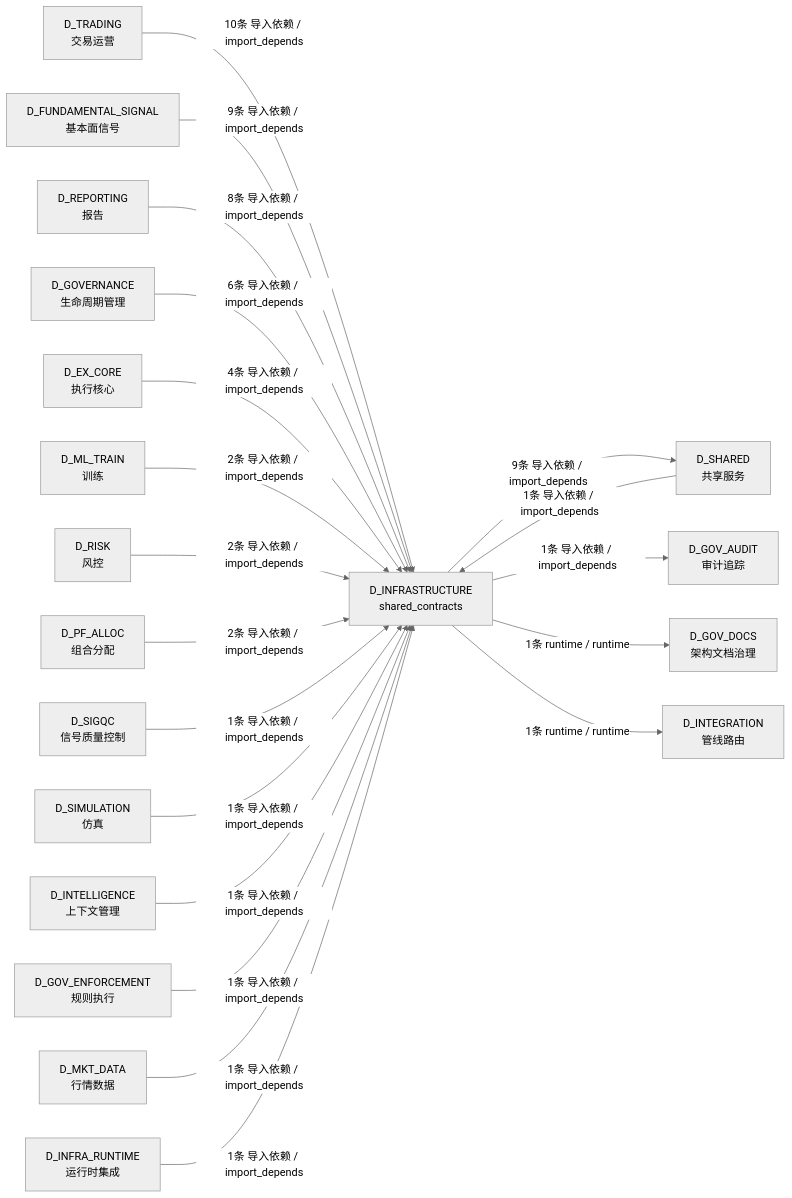
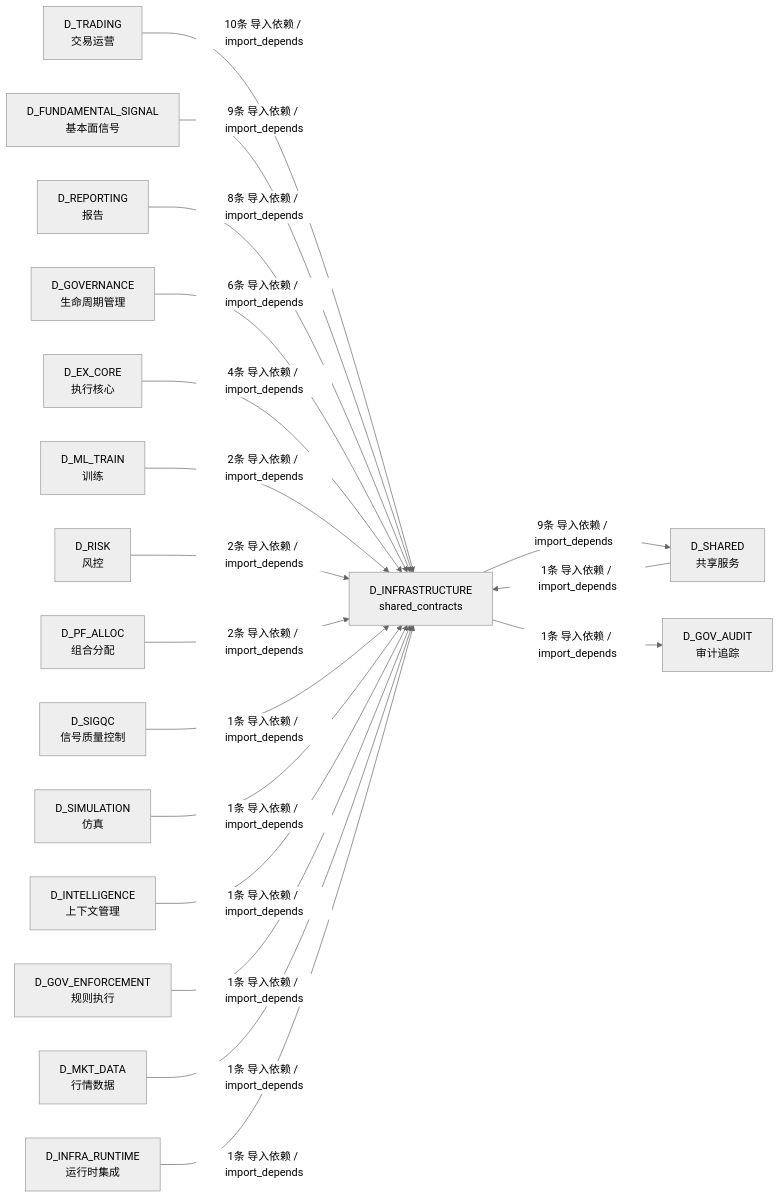
Before and after one commit to xuanFelixVan/ZephyrAlpha: the fourth of 4 diagrams in docs/02_enterprise_architecture/02_domain_architecture_docs/62_d_infrastructure.md, drawn with Mermaid (neutral theme). The commit also changed other lines of this file and 100 other files, not shown here.

````diff
--- a/docs/02_enterprise_architecture/02_domain_architecture_docs/62_d_infrastructure.md
+++ b/docs/02_enterprise_architecture/02_domain_architecture_docs/62_d_infrastructure.md
@@ -373,41 +363,37 @@
 ```mermaid
 graph LR
     D_INFRASTRUCTURE["D_INFRASTRUCTURE<br/>shared_contracts"]
     D_SHARED["D_SHARED<br/>共享服务"]
     D_GOV_AUDIT["D_GOV_AUDIT<br/>审计追踪"]
-    D_GOV_DOCS["D_GOV_DOCS<br/>架构文档治理"]
-    D_INTEGRATION["D_INTEGRATION<br/>管线路由"]
     D_TRADING["D_TRADING<br/>交易运营"]
     D_FUNDAMENTAL_SIGNAL["D_FUNDAMENTAL_SIGNAL<br/>基本面信号"]
     D_REPORTING["D_REPORTING<br/>报告"]
     D_GOVERNANCE["D_GOVERNANCE<br/>生命周期管理"]
     D_EX_CORE["D_EX_CORE<br/>执行核心"]
     D_ML_TRAIN["D_ML_TRAIN<br/>训练"]
     D_RISK["D_RISK<br/>风控"]
     D_PF_ALLOC["D_PF_ALLOC<br/>组合分配"]
     D_SIGQC["D_SIGQC<br/>信号质量控制"]
     D_SIMULATION["D_SIMULATION<br/>仿真"]
     D_INTELLIGENCE["D_INTELLIGENCE<br/>上下文管理"]
     D_GOV_ENFORCEMENT["D_GOV_ENFORCEMENT<br/>规则执行"]
     D_MKT_DATA["D_MKT_DATA<br/>行情数据"]
     D_INFRA_RUNTIME["D_INFRA_RUNTIME<br/>运行时集成"]
     D_INFRASTRUCTURE -->|9条 导入依赖 / import_depends| D_SHARED
     D_INFRASTRUCTURE -->|1条 导入依赖 / import_depends| D_GOV_AUDIT
-    D_INFRASTRUCTURE -->|1条 runtime / runtime| D_GOV_DOCS
-    D_INFRASTRUCTURE -->|1条 runtime / runtime| D_INTEGRATION
     D_TRADING -->|10条 导入依赖 / import_depends| D_INFRASTRUCTURE
     D_FUNDAMENTAL_SIGNAL -->|9条 导入依赖 / import_depends| D_INFRASTRUCTURE
     D_REPORTING -->|8条 导入依赖 / import_depends| D_INFRASTRUCTURE
     D_GOVERNANCE -->|6条 导入依赖 / import_depends| D_INFRASTRUCTURE
     D_EX_CORE -->|4条 导入依赖 / import_depends| D_INFRASTRUCTURE
     D_ML_TRAIN -->|2条 导入依赖 / import_depends| D_INFRASTRUCTURE
     D_RISK -->|2条 导入依赖 / import_depends| D_INFRASTRUCTURE
     D_PF_ALLOC -->|2条 导入依赖 / import_depends| D_INFRASTRUCTURE
     D_SHARED -->|1条 导入依赖 / import_depends| D_INFRASTRUCTURE
     D_SIGQC -->|1条 导入依赖 / import_depends| D_INFRASTRUCTURE
     D_SIMULATION -->|1条 导入依赖 / import_depends| D_INFRASTRUCTURE
     D_INTELLIGENCE -->|1条 导入依赖 / import_depends| D_INFRASTRUCTURE
     D_GOV_ENFORCEMENT -->|1条 导入依赖 / import_depends| D_INFRASTRUCTURE
     D_MKT_DATA -->|1条 导入依赖 / import_depends| D_INFRASTRUCTURE
     D_INFRA_RUNTIME -->|1条 导入依赖 / import_depends| D_INFRASTRUCTURE
 ```
````
